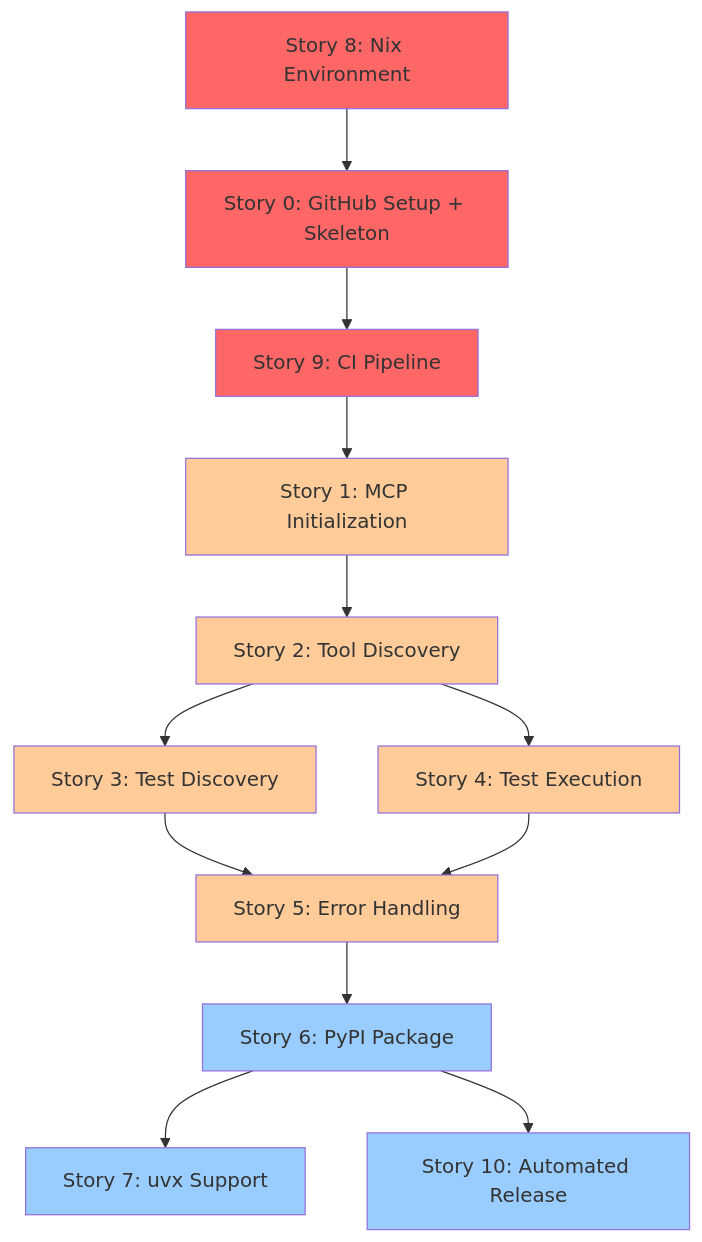
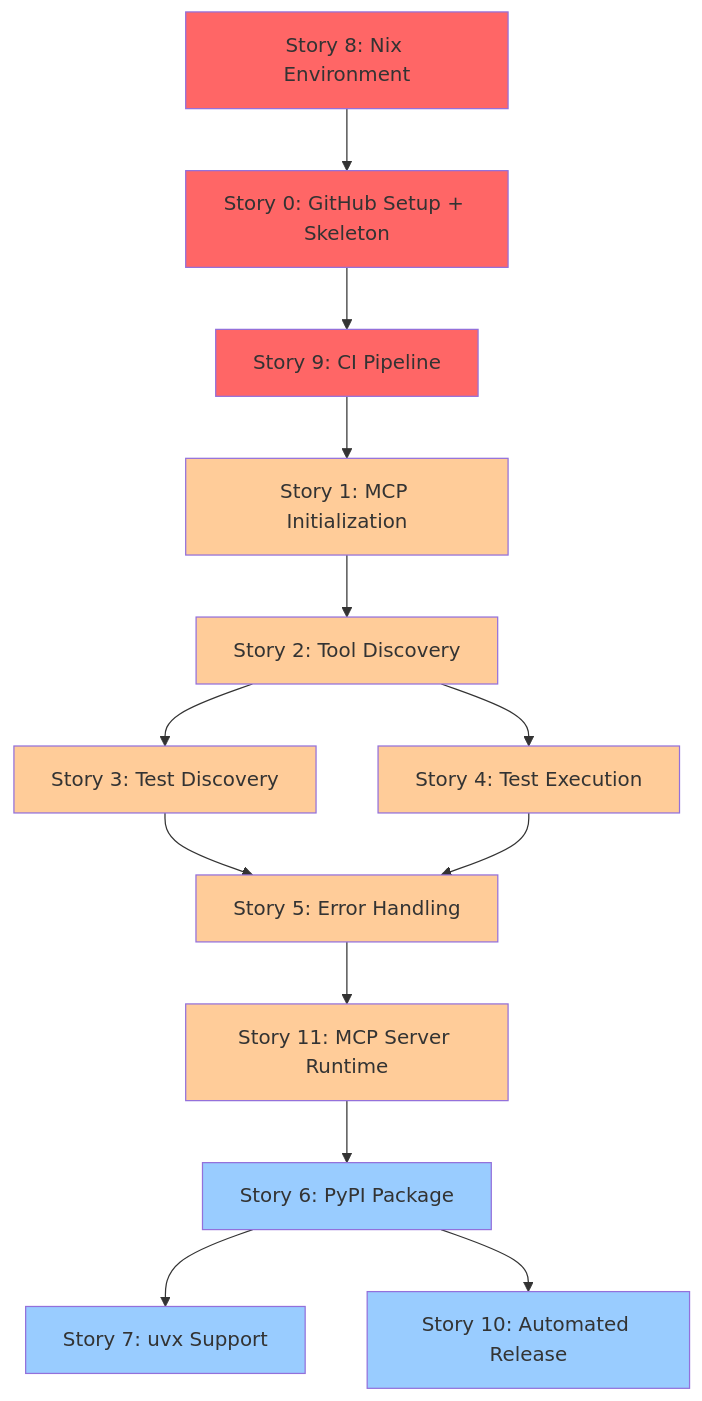
One commit to jwilger/pytest-mcp changed the diagram in docs/PLANNING.md. Above: the diagram before and after it, drawn with Mermaid. The commit also changed other lines of this file and 2 other files, not shown here.

Commit message:
Story 11 Phase 6: Add Story 11 to PLANNING.md

````diff
--- a/docs/PLANNING.md
+++ b/docs/PLANNING.md
@@ -787,38 +898,41 @@
 ```mermaid
 graph TB
     S0[Story 0: GitHub Setup + Skeleton]
     S1[Story 1: MCP Initialization]
     S2[Story 2: Tool Discovery]
     S3[Story 3: Test Discovery]
     S4[Story 4: Test Execution]
     S5[Story 5: Error Handling]
     S6[Story 6: PyPI Package]
     S7[Story 7: uvx Support]
     S8[Story 8: Nix Environment]
     S9[Story 9: CI Pipeline]
     S10[Story 10: Automated Release]
+    S11[Story 11: MCP Server Runtime]
 
     S8 --> S0
     S0 --> S9
     S9 --> S1
     S1 --> S2
     S2 --> S3
     S2 --> S4
     S3 --> S5
     S4 --> S5
-    S5 --> S6
+    S5 --> S11
+    S11 --> S6
     S6 --> S7
     S6 --> S10
 
     style S0 fill:#ff6666
     style S8 fill:#ff6666
     style S9 fill:#ff6666
     style S1 fill:#ffcc99
     style S2 fill:#ffcc99
     style S3 fill:#ffcc99
     style S4 fill:#ffcc99
     style S5 fill:#ffcc99
+    style S11 fill:#ffcc99
     style S6 fill:#99ccff
     style S7 fill:#99ccff
     style S10 fill:#99ccff
 ```
````
